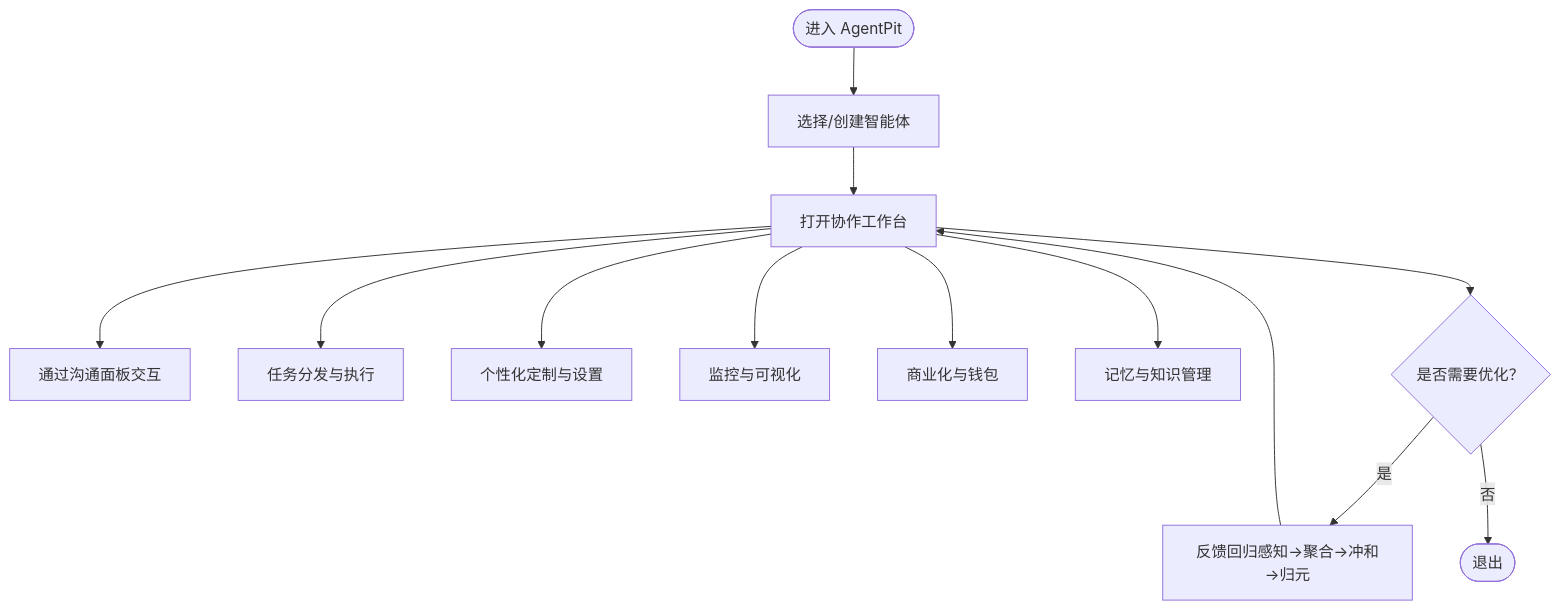
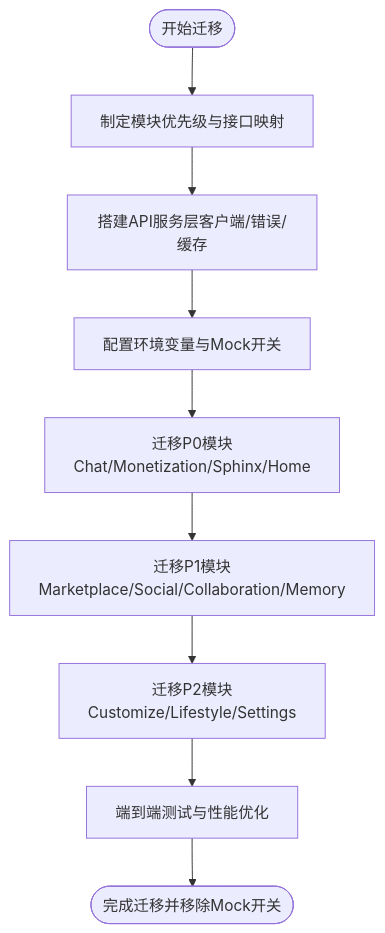
One commit to daoApps/daoApps changed the third of 7 diagrams in .qoder/repowiki/zh/content/项目概述/项目概述.md. Above: the diagram before and after it, drawn with Mermaid. The commit also changed other lines of this file and 274 other files, not shown here.

````diff
--- a/.qoder/repowiki/zh/content/项目概述/项目概述.md
+++ b/.qoder/repowiki/zh/content/项目概述/项目概述.md
@@ -142,15 +166,11 @@
 ```mermaid
 flowchart TD
-Start(["进入 AgentPit"]) --> Select["选择/创建智能体"]
-Select --> Workspace["打开协作工作台"]
-Workspace --> Communicate["通过沟通面板交互"]
-Workspace --> Distribute["任务分发与执行"]
-Workspace --> Customize["个性化定制与设置"]
-Workspace --> Monitor["监控与可视化"]
-Workspace --> Monetize["商业化与钱包"]
-Workspace --> Memory["记忆与知识管理"]
-Workspace --> Lifecycle{"是否需要优化？"}
-Lifecycle --> |是| Feedback["反馈回归感知→聚合→冲和→归元"]
-Feedback --> Workspace
-Lifecycle --> |否| End(["退出"])
+Start(["开始迁移"]) --> Plan["制定模块优先级与接口映射"]
+Plan --> BuildSvc["搭建API服务层客户端/错误/缓存"]
+BuildSvc --> DevEnv["配置环境变量与Mock开关"]
+DevEnv --> P0["迁移P0模块Chat/Monetization/Sphinx/Home"]
+P0 --> P1["迁移P1模块Marketplace/Social/Collaboration/Memory"]
+P1 --> P2["迁移P2模块Customize/Lifestyle/Settings"]
+P2 --> Test["端到端测试与性能优化"]
+Test --> Done(["完成迁移并移除Mock开关"])
 ```
````
